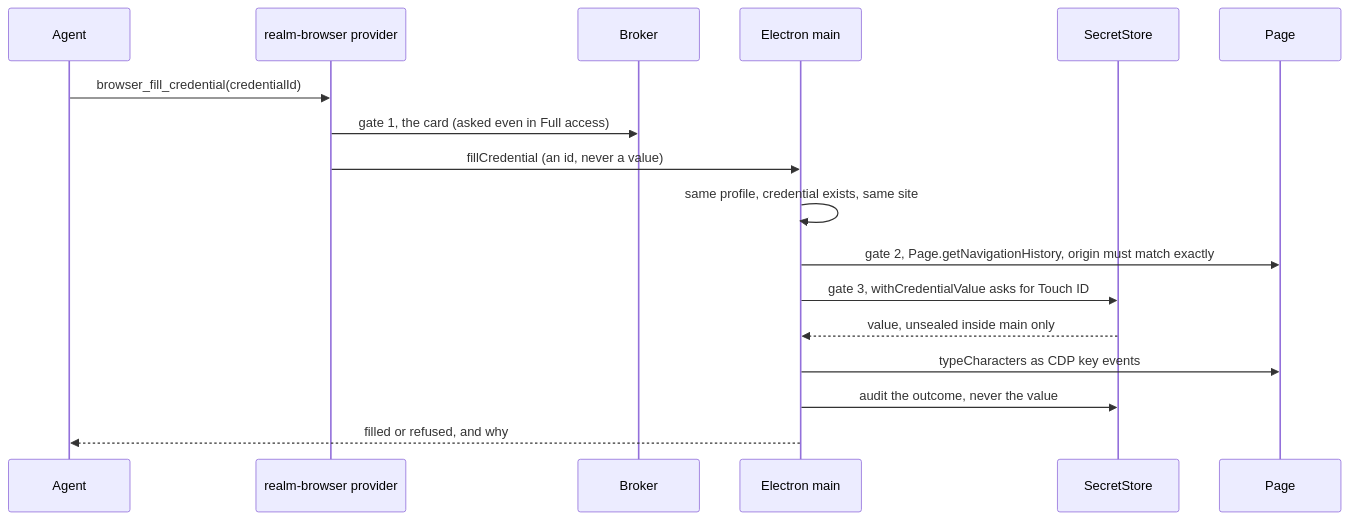
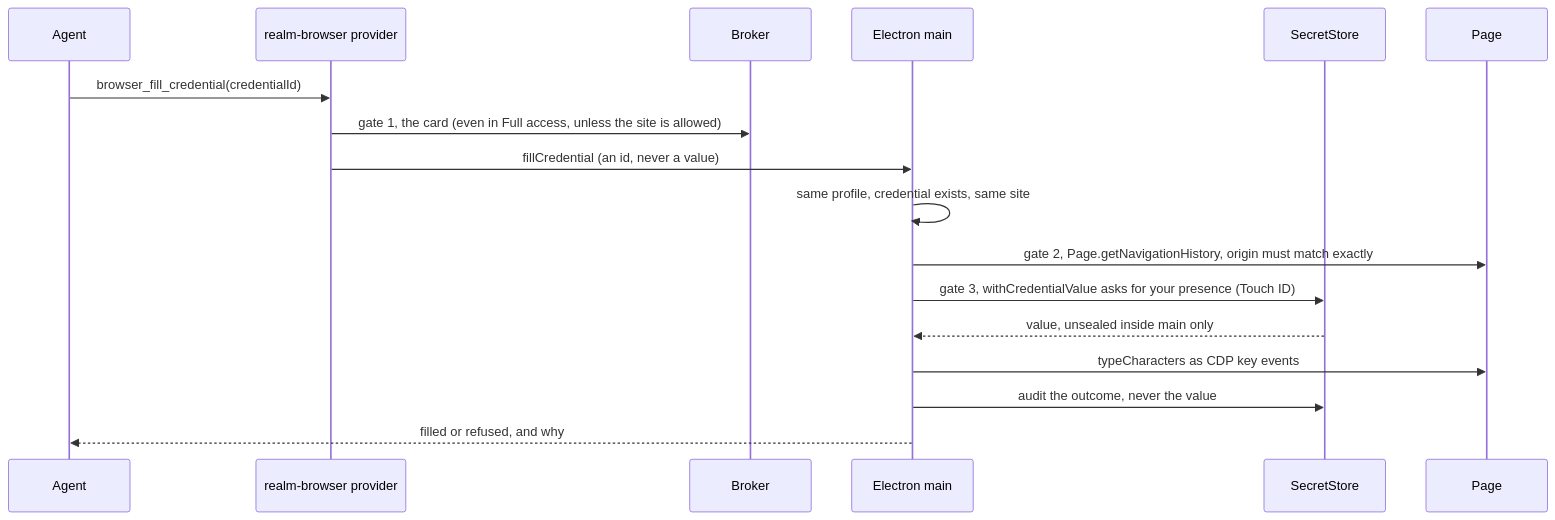
Before and after one commit to 31Carlton7/realm: the eighth of 20 diagrams in docs/architecture/features.md, drawn with Mermaid. The commit also changed other lines of this file, not shown here.

First line of the commit message:
Say exactly when cards appear in Full access, how a checkpoint commit is built, and what a terminal keeps

````diff
--- a/docs/architecture/features.md
+++ b/docs/architecture/features.md
@@ -352,19 +353,19 @@
 ```mermaid
 sequenceDiagram
   participant X as Agent
   participant T as realm-browser provider
   participant B as Broker
   participant M as Electron main
   participant SS as SecretStore
   participant V as Page
   X->>T: browser_fill_credential(credentialId)
-  T->>B: gate 1, the card (asked even in Full access)
+  T->>B: gate 1, the card (even in Full access, unless the site is allowed)
   T->>M: fillCredential (an id, never a value)
   M->>M: same profile, credential exists, same site
   M->>V: gate 2, Page.getNavigationHistory, origin must match exactly
-  M->>SS: gate 3, withCredentialValue asks for Touch ID
+  M->>SS: gate 3, withCredentialValue asks for your presence (Touch ID)
   SS-->>M: value, unsealed inside main only
   M->>V: typeCharacters as CDP key events
   M->>SS: audit the outcome, never the value
   M-->>X: filled or refused, and why
 ```
````
